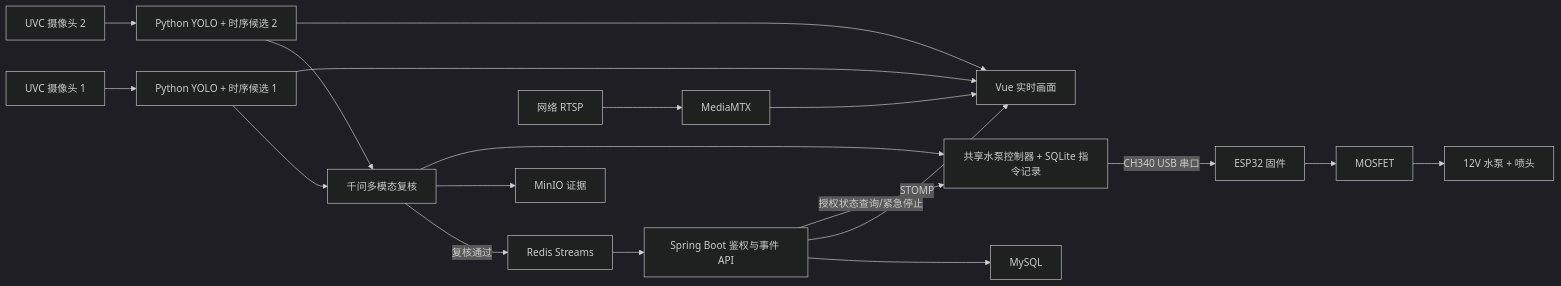
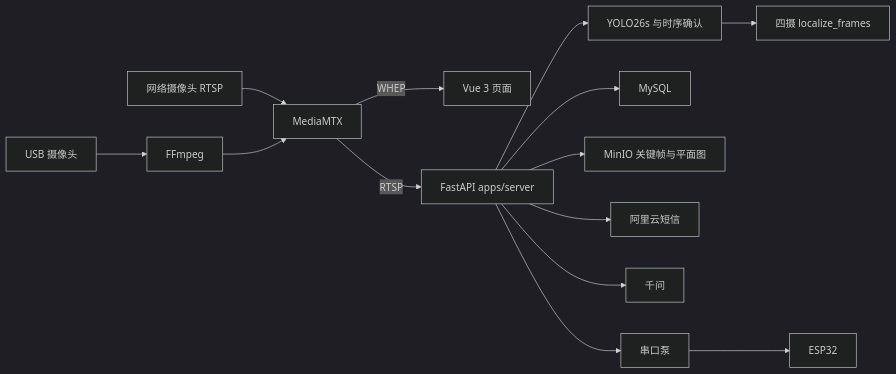
Before and after one commit to xsywl945/FireMonitoring: the diagram in docs/architecture/overview.md, drawn with Mermaid (dark theme). The commit also changed other lines of this file and 11 other files, not shown here.

````diff
--- a/docs/architecture/overview.md
+++ b/docs/architecture/overview.md
@@ -5,21 +5,16 @@
 ```mermaid
 flowchart LR
-    C1[UVC 摄像头 1] --> I1[Python YOLO + 时序候选 1]
-    C2[UVC 摄像头 2] --> I2[Python YOLO + 时序候选 2]
-    I1 --> V[千问多模态复核]
-    I2 --> V
-    I1 --> W[Vue 实时画面]
-    I2 --> W
-    V -->|复核通过| RS[Redis Streams]
-    RS --> A[Spring Boot 鉴权与事件 API]
-    A --> DB[MySQL]
-    A -->|STOMP| W
-    V --> O[MinIO 证据]
-    V --> P[共享水泵控制器 + SQLite 指令记录]
-    P -->|CH340 USB 串口| E[ESP32 固件]
-    E --> M[MOSFET]
-    M --> WP[12V 水泵 + 喷头]
-    A -->|授权状态查询/紧急停止| P
-    N[网络 RTSP] --> MT[MediaMTX]
-    MT --> W
+    USB[USB 摄像头] --> FF[FFmpeg]
+    RTSP[网络摄像头 RTSP] --> MTX[MediaMTX]
+    FF --> MTX
+    MTX -->|WHEP| WEB[Vue 3 页面]
+    MTX -->|RTSP| API[FastAPI apps/server]
+    API --> YOLO[YOLO26s 与时序确认]
+    YOLO --> LOC[四摄 localize_frames]
+    API --> DB[MySQL]
+    API --> OBJ[MinIO 关键帧与平面图]
+    API --> SMS[阿里云短信]
+    API --> VLM[千问]
+    API --> PUMP[串口泵]
+    PUMP --> ESP[ESP32]
 ```
````
